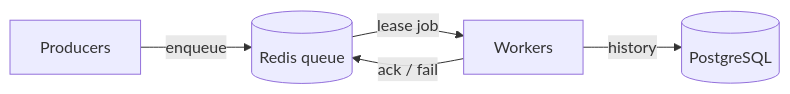
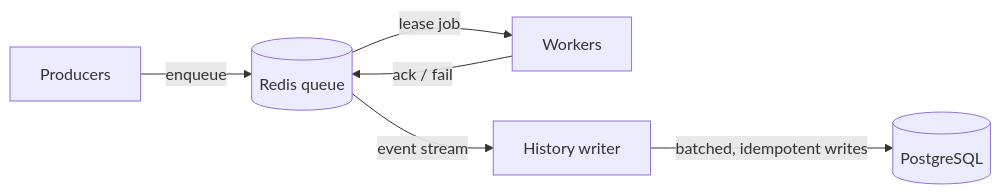
Before and after one commit to calliec-1223/task-queue: the diagram in README.md, drawn with Mermaid. The commit also changed other lines of this file and 5 other files, not shown here.

First line of the commit message:
Record job history in PostgreSQL via a Redis event stream (outbox)

````diff
--- a/README.md
+++ b/README.md
@@ -9,7 +9,8 @@
 ```mermaid
 flowchart LR
     P[Producers] -->|enqueue| R[(Redis queue)]
     R -->|lease job| W[Workers]
     W -->|ack / fail| R
-    W -->|history| DB[(PostgreSQL)]
+    R -->|event stream| H[History writer]
+    H -->|batched, idempotent writes| DB[(PostgreSQL)]
 ```
````
